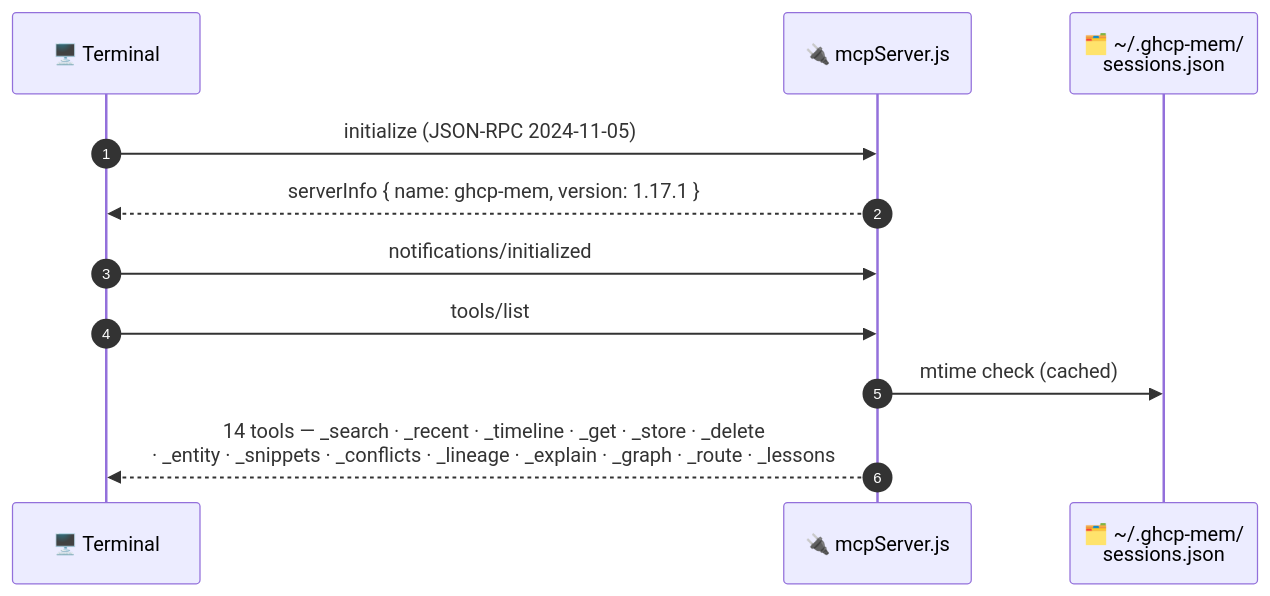
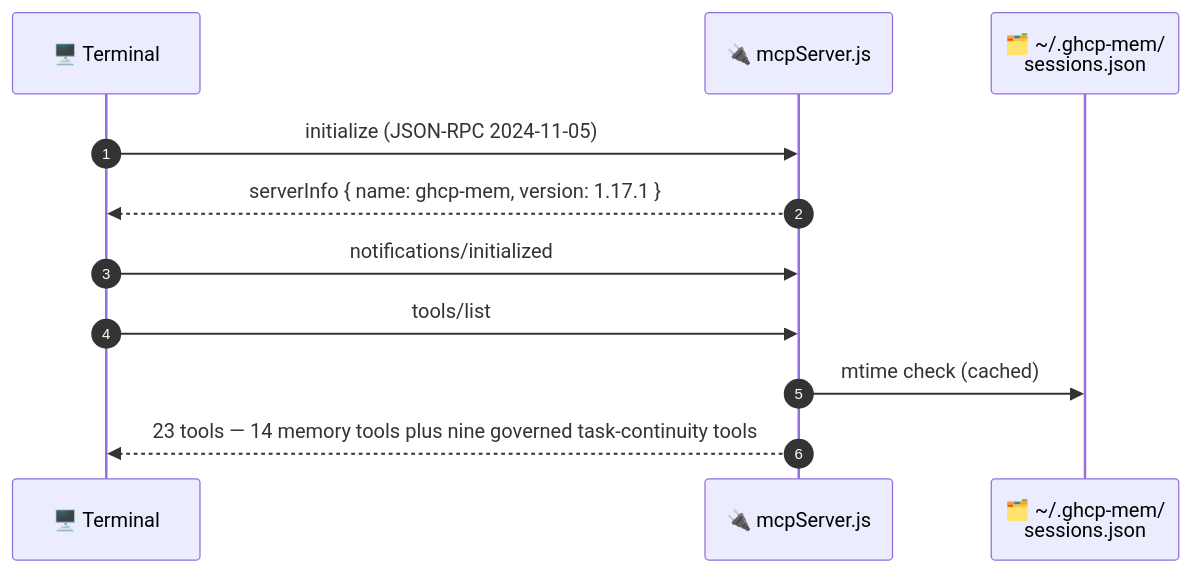
The fifth of 5 diagrams in docs/DEMO.md (ITcredibl/ghcp-mem), drawn with Mermaid before and after one commit. The commit also changed other lines of this file and 43 other files, not shown here.

Commit message:
feat: release v1.19.0 with governed agent task continuity

````diff
--- a/docs/DEMO.md
+++ b/docs/DEMO.md
@@ -235,13 +235,13 @@
 ```mermaid
 sequenceDiagram
     autonumber
     participant CLI as 🖥️ Terminal
     participant MCP as 🔌 mcpServer.js
     participant STORE as 🗂️ ~/.ghcp-mem/<br/>sessions.json
     CLI->>MCP: initialize (JSON-RPC 2024-11-05)
     MCP-->>CLI: serverInfo { name: ghcp-mem, version: 1.17.1 }
     CLI->>MCP: notifications/initialized
     CLI->>MCP: tools/list
     MCP->>STORE: mtime check (cached)
-    MCP-->>CLI: 14 tools — _search · _recent · _timeline · _get · _store · _delete<br/>· _entity · _snippets · _conflicts · _lineage · _explain · _graph · _route · _lessons
+    MCP-->>CLI: 23 tools — 14 memory tools plus nine governed task-continuity tools
 ```
````
